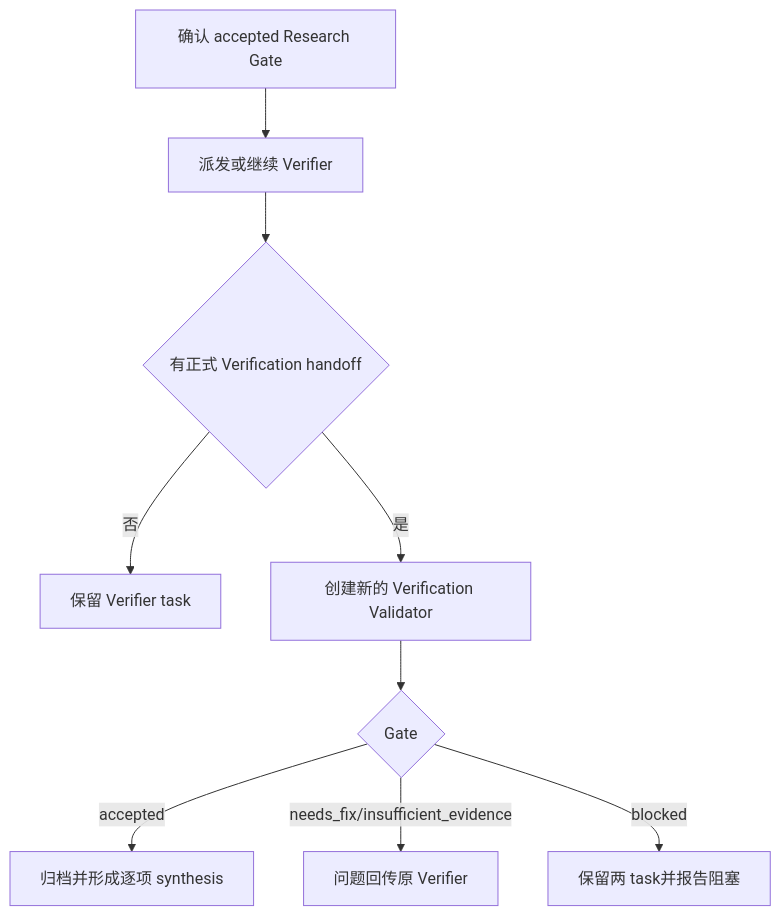
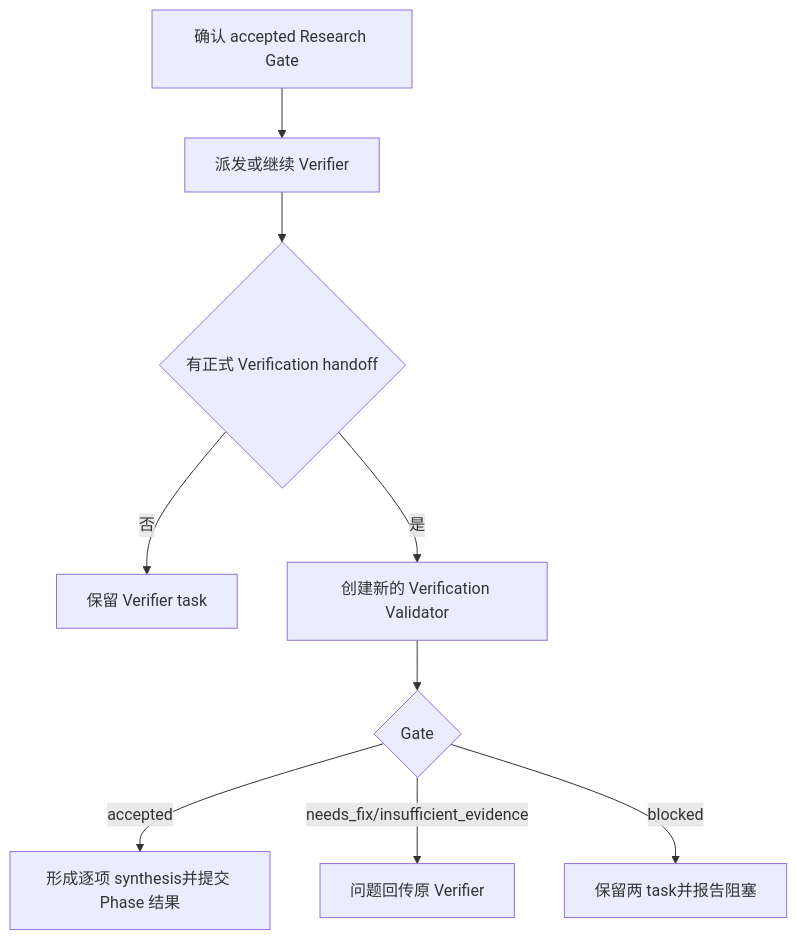
One commit to daihothot/scout changed the third of 3 diagrams in assets/scout/skills/domain-validation-coordinator/SKILL.md. Above: the diagram before and after it, drawn with Mermaid. The commit also changed other lines of this file and 197 other files, not shown here.

First line of the commit message:
feat(runtime): isolate flow journals and domain-owned execution

````diff
--- a/assets/scout/skills/domain-validation-coordinator/SKILL.md
+++ b/assets/scout/skills/domain-validation-coordinator/SKILL.md
@@ -307,11 +307,11 @@
 ```mermaid
 flowchart TD
   A[确认 accepted Research Gate] --> B[派发或继续 Verifier]
   B --> C{有正式 Verification handoff}
   C -- 否 --> D[保留 Verifier task]
   C -- 是 --> E[创建新的 Verification Validator]
   E --> F{Gate}
-  F -- accepted --> G[归档并形成逐项 synthesis]
+  F -- accepted --> G[形成逐项 synthesis并提交 Phase 结果]
   F -- needs_fix/insufficient_evidence --> H[问题回传原 Verifier]
   F -- blocked --> I[保留两 task并报告阻塞]
 ```
````
